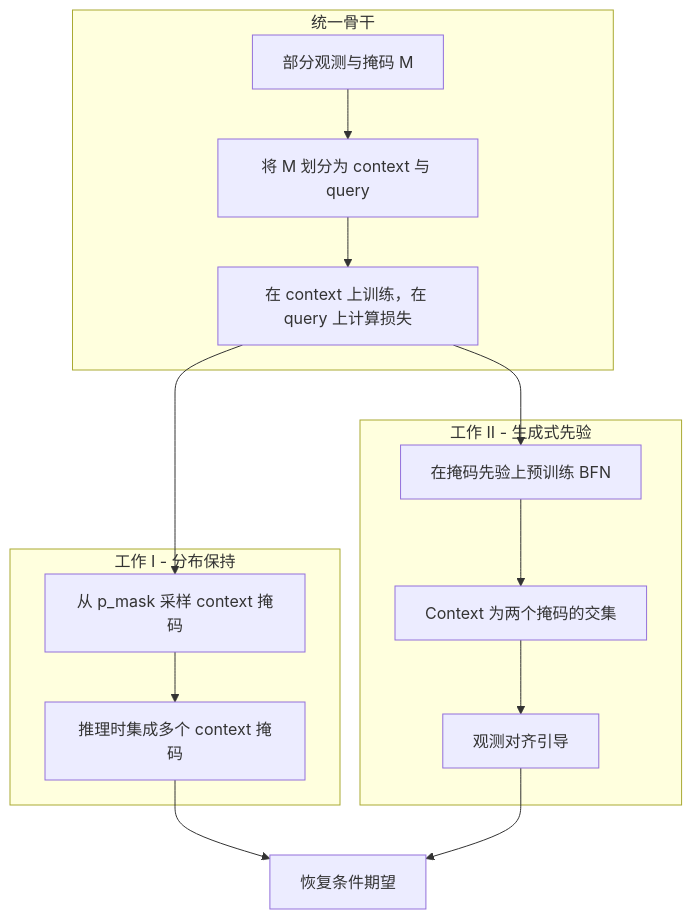
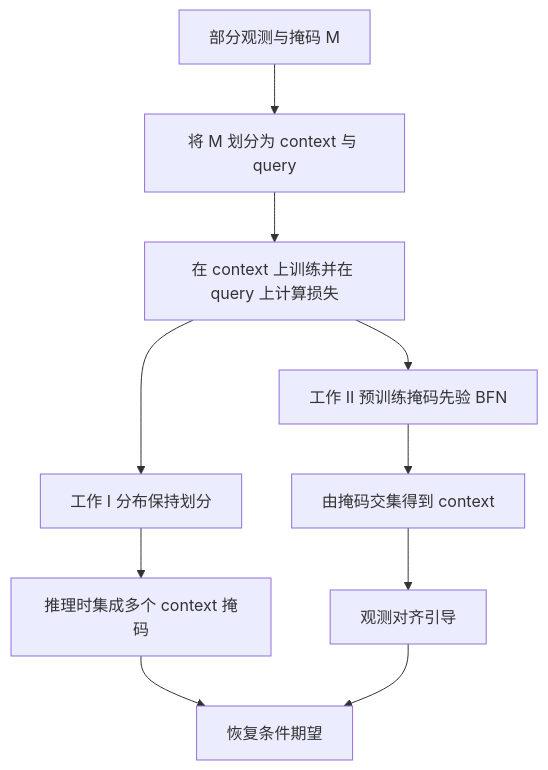
The diagram in _research/context-query-dynamics-zh.md (zzhnomorebugs/zzhnomorebugs.github.io), drawn with Mermaid before and after one commit. The commit also changed 1 other file, not shown here.

```diff
--- a/_research/context-query-dynamics-zh.md
+++ b/_research/context-query-dynamics-zh.md
@@ -40,31 +40,22 @@
 <div class="mermaid">
 flowchart TB
-  subgraph backbone["统一骨干"]
-    obs["部分观测与掩码 M"]
-    split["将 M 划分为 context 与 query"]
-    train["在 context 上训练，在 query 上计算损失"]
-    obs --> split
-    split --> train
-  end
-
-  subgraph work1["工作 I - 分布保持"]
-    part1["从 p_mask 采样 context 掩码"]
-    ens["推理时集成多个 context 掩码"]
-    part1 --> ens
-  end
-
-  subgraph work2["工作 II - 生成式先验"]
-    bfn["在掩码先验上预训练 BFN"]
-    inter["Context 为两个掩码的交集"]
-    guide["观测对齐引导"]
-    bfn --> inter
-    inter --> guide
-  end
-
+  obs["部分观测与掩码 M"]
+  split["将 M 划分为 context 与 query"]
+  train["在 context 上训练并在 query 上计算损失"]
+  part1["工作 I 分布保持划分"]
+  ens["推理时集成多个 context 掩码"]
+  bfn["工作 II 预训练掩码先验 BFN"]
+  inter["由掩码交集得到 context"]
+  guide["观测对齐引导"]
   out["恢复条件期望"]
 
+  obs --> split
+  split --> train
   train --> part1
+  part1 --> ens
   train --> bfn
+  bfn --> inter
+  inter --> guide
   ens --> out
   guide --> out
 </div>
```
